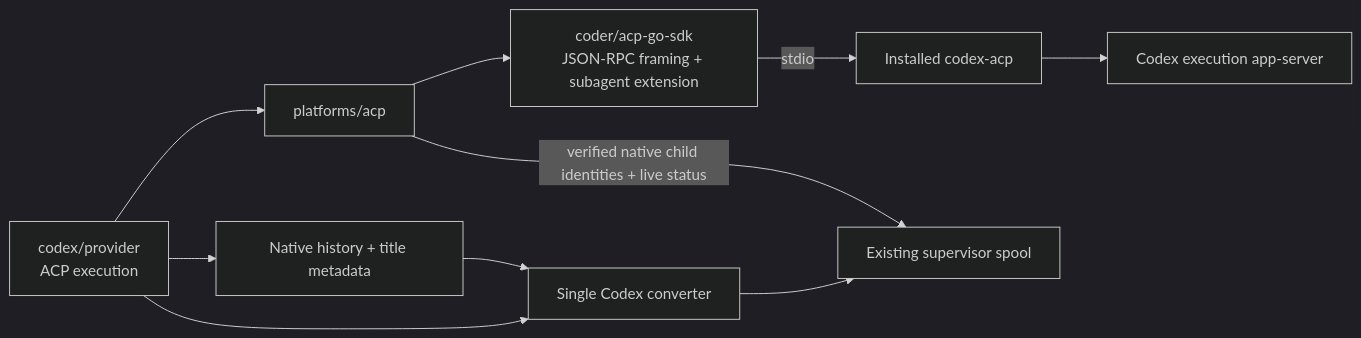
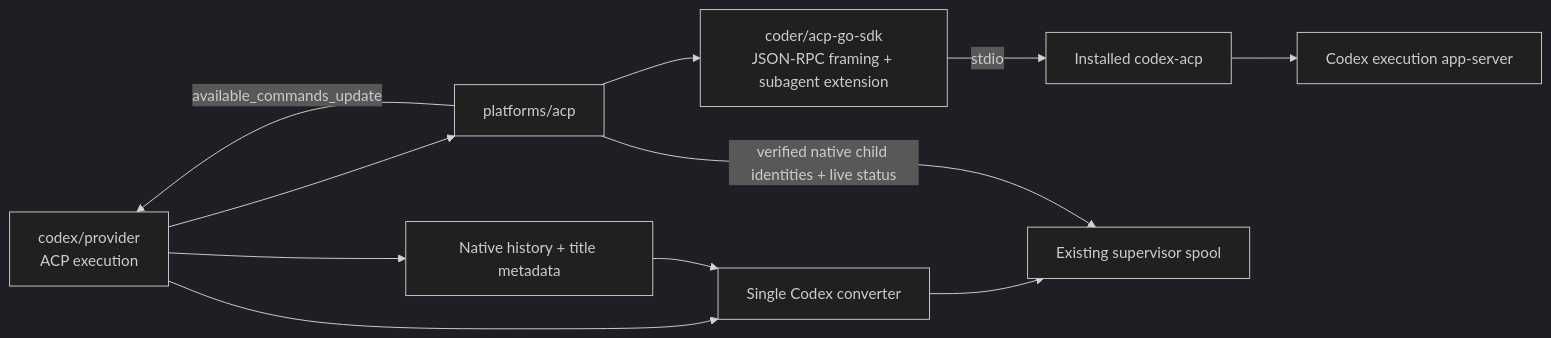
Before and after one commit to ocman/ocman: diagram 11 of 19 in docs/other/architecture.md, drawn with Mermaid (dark theme). The commit also changed other lines of this file and 26 other files, not shown here.

````diff
--- a/docs/other/architecture.md
+++ b/docs/other/architecture.md
@@ -1456,12 +1456,13 @@
 ```mermaid
 flowchart LR
     Executor[codex/provider<br/>ACP execution] --> ACP[platforms/acp]
     ACP --> SDK[coder/acp-go-sdk<br/>JSON-RPC framing + subagent extension]
     SDK -->|stdio| Adapter[Installed codex-acp]
     Adapter --> Writer[Codex execution app-server]
     Executor --> Reader[Native history + title metadata]
     Executor --> Converter[Single Codex converter]
     Reader --> Converter
     Converter --> Spool[Existing supervisor spool]
     ACP -->|verified native child identities + live status| Spool
+    ACP -->|available_commands_update| Executor
 ```
````
